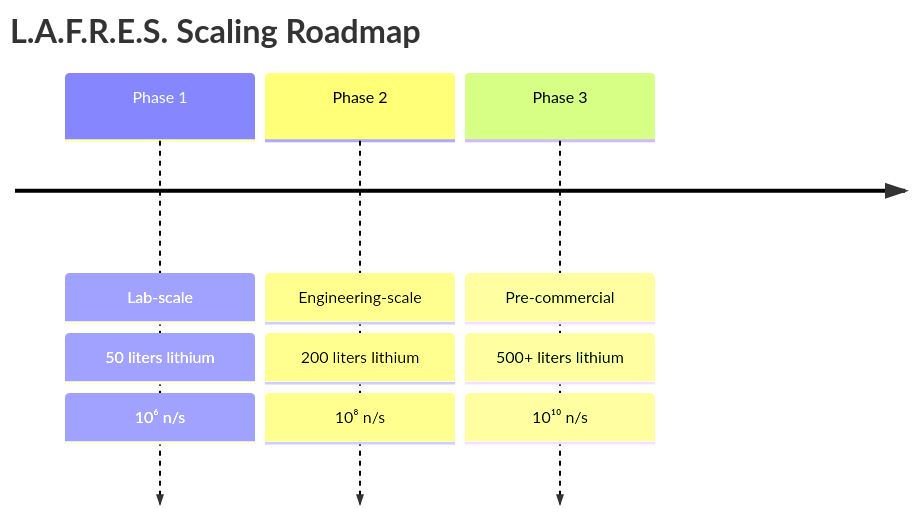
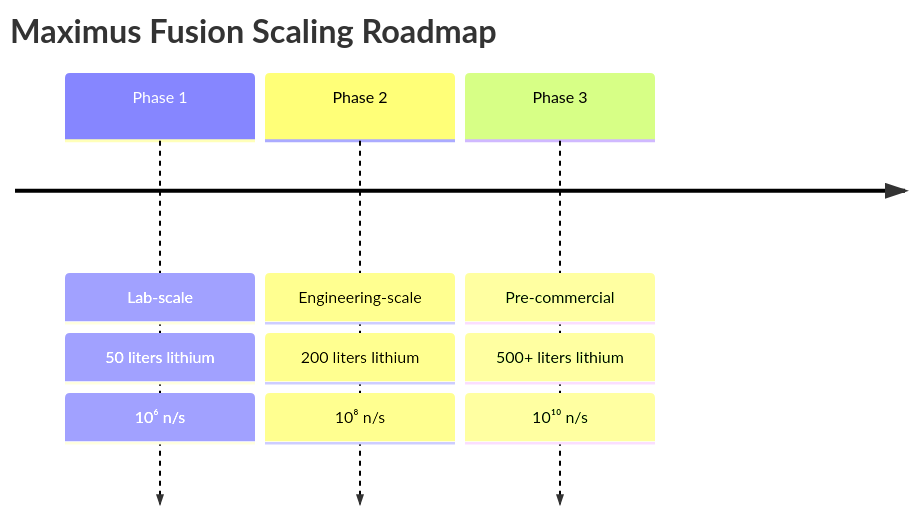
Before and after one commit to szemkoff/LAFRES: diagram 11 of 11 in website/docs/system-architecture.md, drawn with Mermaid. The commit also changed other lines of this file and 97 other files, not shown here.

First line of the commit message:
Rebrand public program name to Maximus Fusion; keep L.A.F.R.E.S. as technical designation

````diff
--- a/website/docs/system-architecture.md
+++ b/website/docs/system-architecture.md
@@ -592,13 +592,13 @@
 ```mermaid
 timeline
-    title L.A.F.R.E.S. Scaling Roadmap
+    title Maximus Fusion Scaling Roadmap
     Phase 1 : Lab-scale
            : 50 liters lithium
            : 10⁶ n/s
     Phase 2 : Engineering-scale
            : 200 liters lithium
            : 10⁸ n/s
     Phase 3 : Pre-commercial
            : 500+ liters lithium
            : 10¹⁰ n/s
 ```
````
